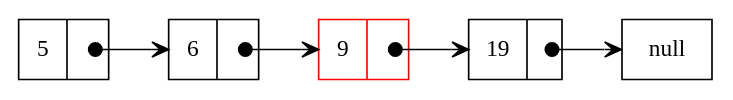
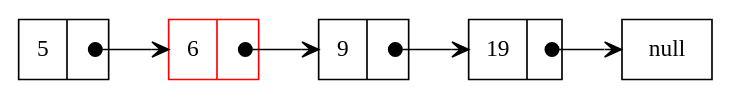
The diagram in linked_list/linked_list.dot (SergioMenaQuispe/visualizador), drawn with Graphviz before and after one commit. The commit also changed 6 other files, not shown here.

```diff
--- a/linked_list/linked_list.dot
+++ b/linked_list/linked_list.dot
@@ -1,13 +1,13 @@
 digraph G { 
  	rankdir="LR" 
  	node [shape=record]
 	0[label="{ <data> 5 | <ref>  }"]
 	0:ref:c -> 1:data [arrowhead=vee, arrowtail=dot, dir=both, tailclip=false]
-	1[label="{ <data> 6 | <ref>  }"]
+	1[label="{ <data> 6 | <ref>  }", color="red"]
 	1:ref:c -> 2:data [arrowhead=vee, arrowtail=dot, dir=both, tailclip=false]
-	2[label="{ <data> 9 | <ref>  }", color="red"]
+	2[label="{ <data> 9 | <ref>  }"]
 	2:ref:c -> 3:data [arrowhead=vee, arrowtail=dot, dir=both, tailclip=false]
 	3[label="{ <data> 19 | <ref>  }"]
 	null [shape=box]
 	3:ref:c -> null [arrowhead=vee, arrowtail=dot, dir=both, tailclip=false]
 }
```
